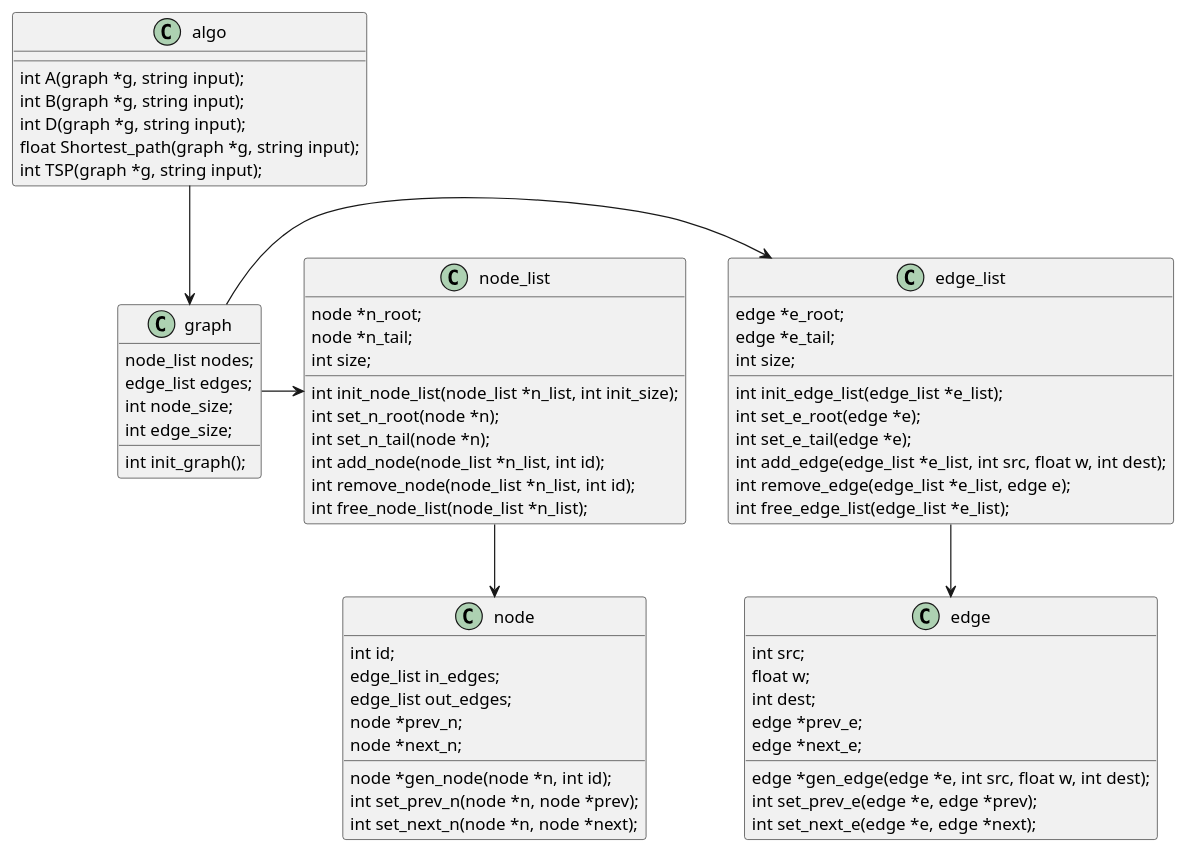
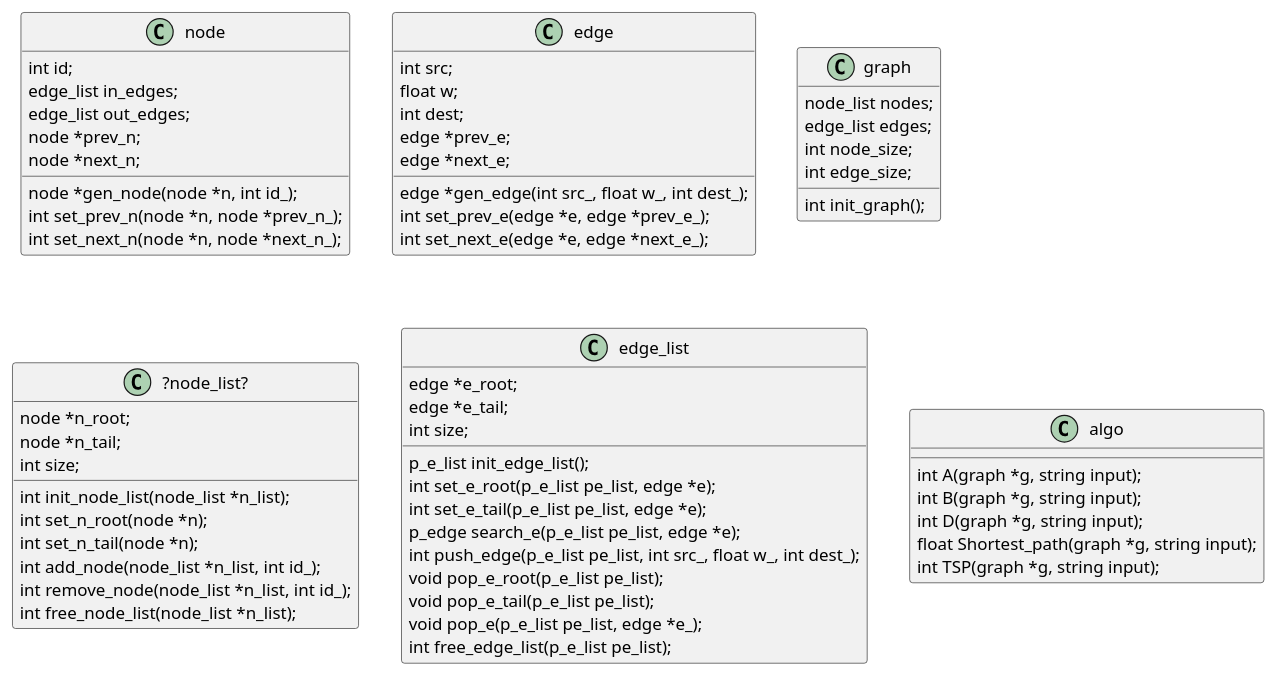
One commit to RF555/SofSys_Ex4 changed the diagram in Ex4_UML.puml. Above: the diagram before and after it, drawn with PlantUML. The commit also changed 2 other files, not shown here.

```diff
--- a/Ex4_UML.puml
+++ b/Ex4_UML.puml
@@ -1,77 +1,79 @@
 @startuml
 
-graph -> edge_list
-graph -> node_list
-node_list --> node
-edge_list --> edge
-algo --> graph
+'graph -> edge_list
+'graph -> node_list
+'node_list --> node
+'edge_list --> edge
+'algo --> graph
 
 
 class node{
 int id;
 edge_list in_edges;
 edge_list out_edges;
 node *prev_n;
 node *next_n;
-node *gen_node(node *n, int id);
-int set_prev_n(node *n, node *prev);
-int set_next_n(node *n, node *next);
+node *gen_node(node *n, int id_);
+int set_prev_n(node *n, node *prev_n_);
+int set_next_n(node *n, node *next_n_);
 }
 
 class edge{
 int src;
 float w;
 int dest;
 edge *prev_e;
 edge *next_e;
-edge *gen_edge(edge *e, int src, float w, int dest);
-int set_prev_e(edge *e, edge *prev);
-int set_next_e(edge *e, edge *next);
-}
-
-class edge_list{
-edge *e_root;
-edge *e_tail;
-int size;
-int init_edge_list(edge_list *e_list);
-int set_e_root(edge *e);
-int set_e_tail(edge *e);
-int add_edge(edge_list *e_list, int src, float w, int dest);
-int remove_edge(edge_list *e_list, edge e);
-int free_edge_list(edge_list *e_list);
-}
-
-class node_list{
-node *n_root;
-node *n_tail;
-int size;
-int init_node_list(node_list *n_list, int init_size);
-int set_n_root(node *n);
-int set_n_tail(node *n);
-int add_node(node_list *n_list, int id);
-int remove_node(node_list *n_list, int id);
-int free_node_list(node_list *n_list);
+edge *gen_edge(int src_, float w_, int dest_);
+int set_prev_e(edge *e, edge *prev_e_);
+int set_next_e(edge *e, edge *next_e_);
 }
 
 class graph{
 node_list nodes;
 edge_list edges;
 int node_size;
 int edge_size;
 int init_graph();
 'void add_node(graph *g, int id);
 'void remove_node(graph *g, int id);
 'void add_edge(graph *g, int src, float w, int dest);
 'void add_Edge(graph *g, edge e);
 'void remove_edge(graph *g, int src, int dest);
 }
 
+class ?node_list?{
+node *n_root;
+node *n_tail;
+int size;
+int init_node_list(node_list *n_list);
+int set_n_root(node *n);
+int set_n_tail(node *n);
+int add_node(node_list *n_list, int id_);
+int remove_node(node_list *n_list, int id_);
+int free_node_list(node_list *n_list);
+}
+class edge_list{
+edge *e_root;
+edge *e_tail;
+int size;
+p_e_list init_edge_list();
+int set_e_root(p_e_list pe_list, edge *e);
+int set_e_tail(p_e_list pe_list, edge *e);
+p_edge search_e(p_e_list pe_list, edge *e);
+int push_edge(p_e_list pe_list, int src_, float w_, int dest_);
+void pop_e_root(p_e_list pe_list);
+void pop_e_tail(p_e_list pe_list);
+void pop_e(p_e_list pe_list, edge *e_);
+int free_edge_list(p_e_list pe_list);
+}
+
 class algo{
 int A(graph *g, string input);
 int B(graph *g, string input);
 int D(graph *g, string input);
 float Shortest_path(graph *g, string input);
 int TSP(graph *g, string input);
 }
 
 @enduml
```
